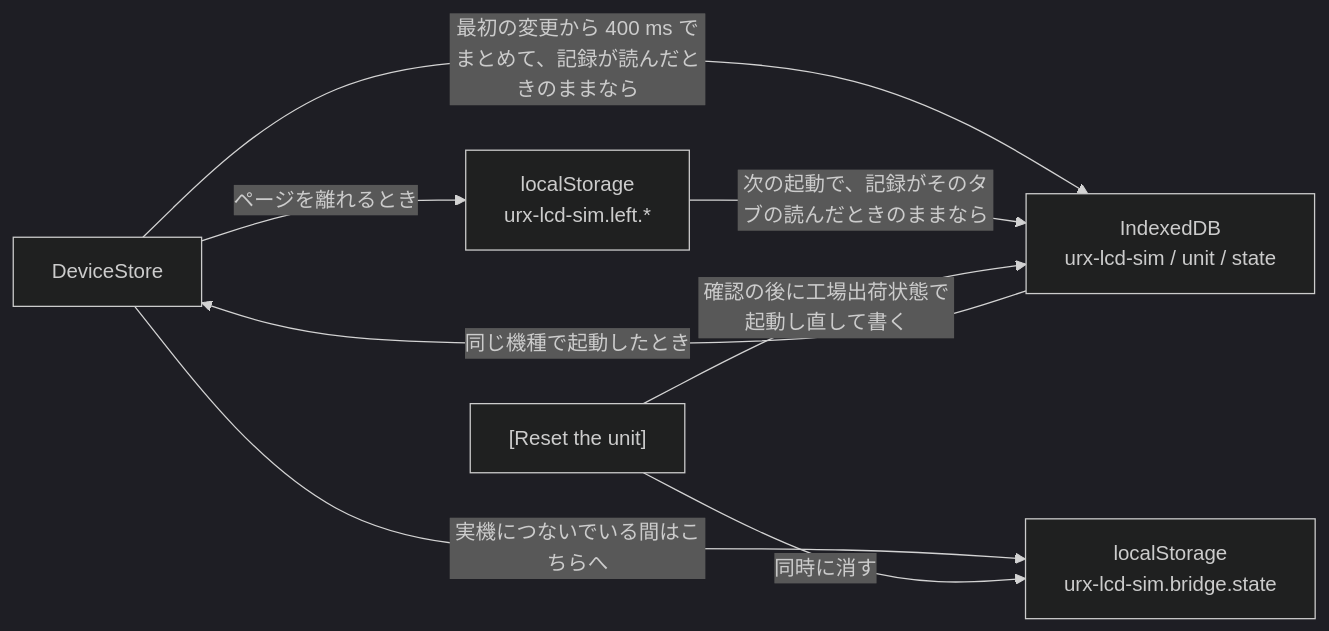
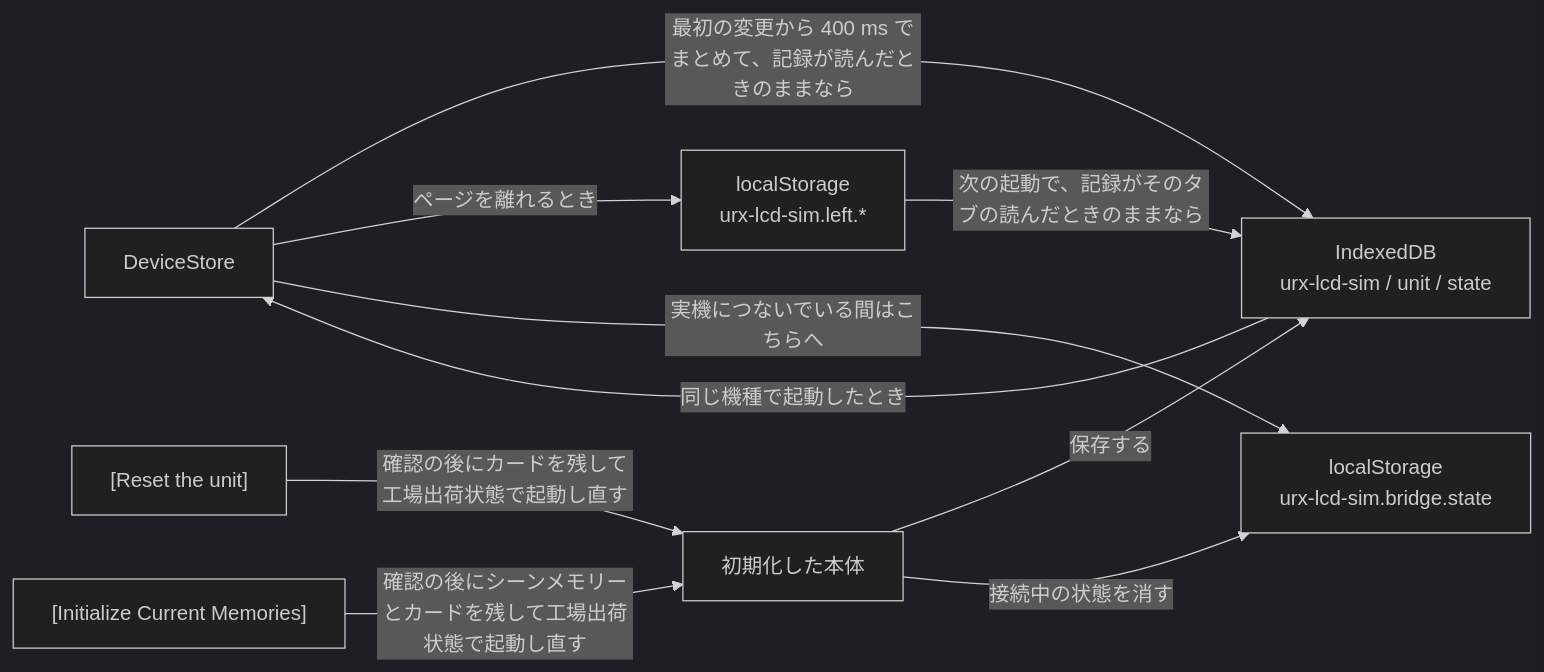
The second of 2 diagrams in docs/ja/architecture.md (semnil/urx-lcd-sim), drawn with Mermaid (dark theme) before and after one commit. The commit also changed other lines of this file and 16 other files, not shown here.

````diff
--- a/docs/ja/architecture.md
+++ b/docs/ja/architecture.md
@@ -164,10 +167,12 @@
 ```mermaid
 flowchart LR
   ST["DeviceStore"] -->|"最初の変更から 400 ms でまとめて、記録が読んだときのままなら"| DB["IndexedDB<br/>urx-lcd-sim / unit / state"]
   DB -->|"同じ機種で起動したとき"| ST
   ST -->|"ページを離れるとき"| LEFT["localStorage<br/>urx-lcd-sim.left.*"]
   LEFT -->|"次の起動で、記録がそのタブの読んだときのままなら"| DB
-  RS["[Reset the unit]"] -->|"確認の後に工場出荷状態で起動し直して書く"| DB
+  RS["[Reset the unit]"] -->|"確認の後にカードを残して工場出荷状態で起動し直す"| INIT["初期化した本体"]
+  CM["[Initialize Current Memories]"] -->|"確認の後にシーンメモリーとカードを残して工場出荷状態で起動し直す"| INIT
+  INIT -->|"保存する"| DB
   ST -->|"実機につないでいる間はこちらへ"| LB["localStorage<br/>urx-lcd-sim.bridge.state"]
-  RS -->|"同時に消す"| LB
+  INIT -->|"接続中の状態を消す"| LB
 ```
````
